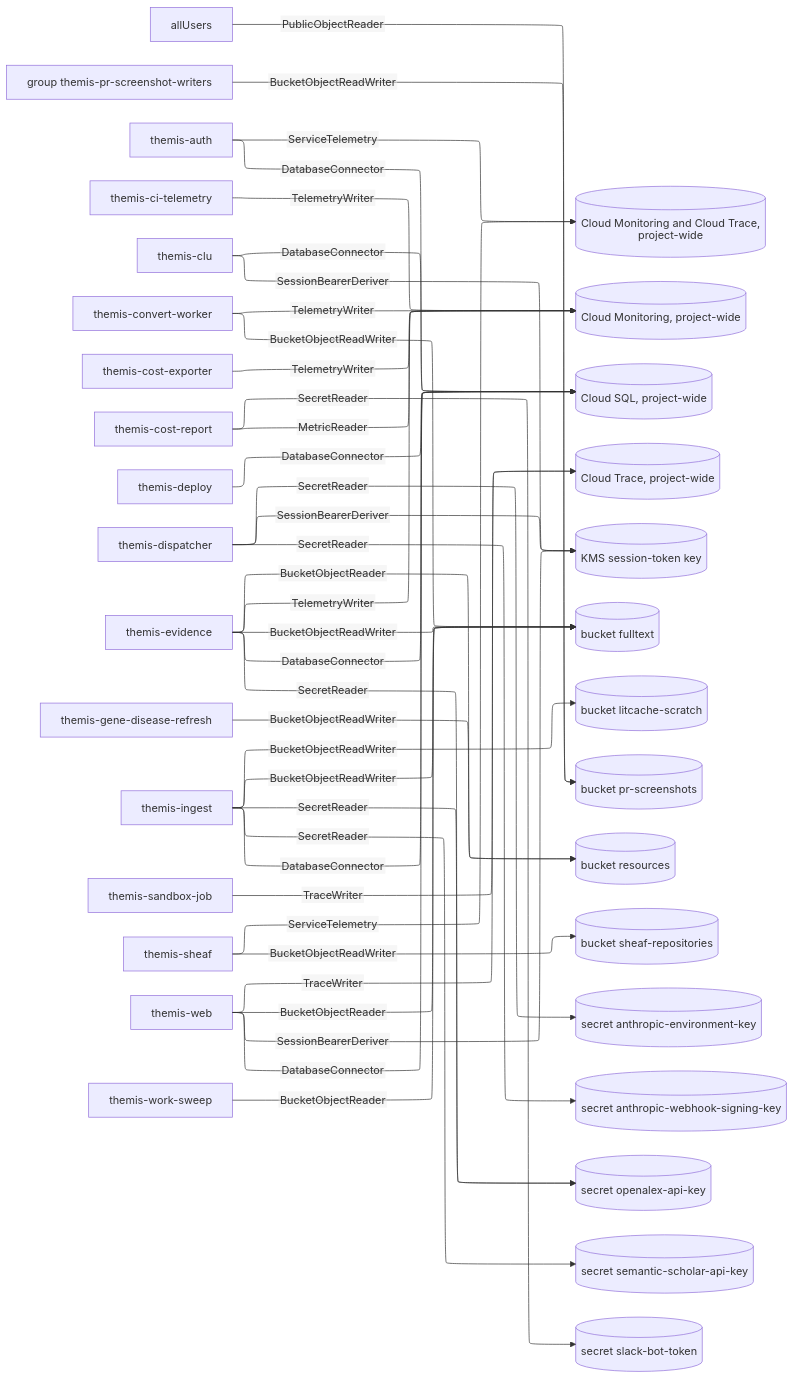
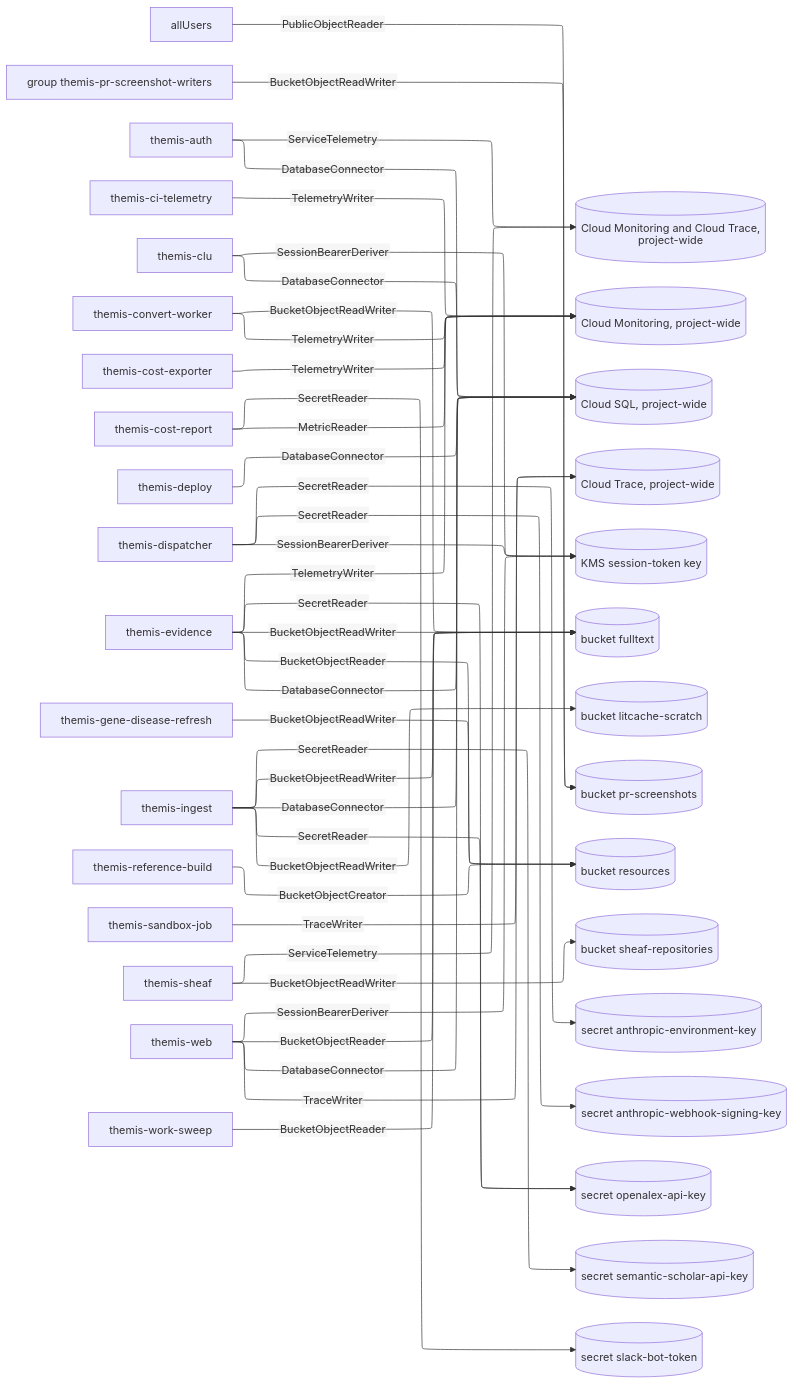
The diagram in docs/design/grants/data.mmd (populationgenomics/themis), drawn with Mermaid before and after one commit. The commit also changed 27 other files, not shown here.

First line of the commit message:
reference: mirror the build inputs and build stores and genomes as a Cloud Run Job (#1014)

```diff
--- a/docs/design/grants/data.mmd
+++ b/docs/design/grants/data.mmd
@@ -1,69 +1,71 @@
 %%{init: {"layout": "elk", "elk": {"mergeEdges": true, "nodePlacementStrategy": "NETWORK_SIMPLEX"}, "htmlLabels": false, "flowchart": {"htmlLabels": false, "wrappingWidth": 320}}}%%
 flowchart LR
     n0["allUsers"]
     n1["group themis-pr-screenshot-writers"]
     n2["themis-auth"]
     n3["themis-ci-telemetry"]
     n4["themis-clu"]
     n5["themis-convert-worker"]
     n6["themis-cost-exporter"]
     n7["themis-cost-report"]
     n8["themis-deploy"]
     n9["themis-dispatcher"]
     n10["themis-evidence"]
     n11["themis-gene-disease-refresh"]
     n12["themis-ingest"]
-    n13["themis-sandbox-job"]
-    n14["themis-sheaf"]
-    n15["themis-web"]
-    n16["themis-work-sweep"]
-    n17[("Cloud Monitoring and Cloud Trace, project-wide")]
-    n18[("Cloud Monitoring, project-wide")]
-    n19[("Cloud SQL, project-wide")]
-    n20[("Cloud Trace, project-wide")]
-    n21[("KMS session-token key")]
-    n22[("bucket fulltext")]
-    n23[("bucket litcache-scratch")]
-    n24[("bucket pr-screenshots")]
-    n25[("bucket resources")]
-    n26[("bucket sheaf-repositories")]
-    n27[("secret anthropic-environment-key")]
-    n28[("secret anthropic-webhook-signing-key")]
-    n29[("secret openalex-api-key")]
-    n30[("secret semantic-scholar-api-key")]
-    n31[("secret slack-bot-token")]
-    n0 -->|PublicObjectReader| n24
-    n1 -->|BucketObjectReadWriter| n24
-    n2 -->|DatabaseConnector| n19
-    n2 -->|ServiceTelemetry| n17
-    n3 -->|TelemetryWriter| n18
-    n4 -->|DatabaseConnector| n19
-    n4 -->|SessionBearerDeriver| n21
-    n5 -->|BucketObjectReadWriter| n22
-    n5 -->|TelemetryWriter| n18
-    n6 -->|TelemetryWriter| n18
-    n7 -->|MetricReader| n18
-    n7 -->|SecretReader| n31
-    n8 -->|DatabaseConnector| n19
-    n9 -->|SecretReader| n27
+    n13["themis-reference-build"]
+    n14["themis-sandbox-job"]
+    n15["themis-sheaf"]
+    n16["themis-web"]
+    n17["themis-work-sweep"]
+    n18[("Cloud Monitoring and Cloud Trace, project-wide")]
+    n19[("Cloud Monitoring, project-wide")]
+    n20[("Cloud SQL, project-wide")]
+    n21[("Cloud Trace, project-wide")]
+    n22[("KMS session-token key")]
+    n23[("bucket fulltext")]
+    n24[("bucket litcache-scratch")]
+    n25[("bucket pr-screenshots")]
+    n26[("bucket resources")]
+    n27[("bucket sheaf-repositories")]
+    n28[("secret anthropic-environment-key")]
+    n29[("secret anthropic-webhook-signing-key")]
+    n30[("secret openalex-api-key")]
+    n31[("secret semantic-scholar-api-key")]
+    n32[("secret slack-bot-token")]
+    n0 -->|PublicObjectReader| n25
+    n1 -->|BucketObjectReadWriter| n25
+    n2 -->|DatabaseConnector| n20
+    n2 -->|ServiceTelemetry| n18
+    n3 -->|TelemetryWriter| n19
+    n4 -->|DatabaseConnector| n20
+    n4 -->|SessionBearerDeriver| n22
+    n5 -->|BucketObjectReadWriter| n23
+    n5 -->|TelemetryWriter| n19
+    n6 -->|TelemetryWriter| n19
+    n7 -->|MetricReader| n19
+    n7 -->|SecretReader| n32
+    n8 -->|DatabaseConnector| n20
     n9 -->|SecretReader| n28
-    n9 -->|SessionBearerDeriver| n21
-    n10 -->|BucketObjectReadWriter| n22
-    n10 -->|BucketObjectReader| n25
-    n10 -->|DatabaseConnector| n19
-    n10 -->|SecretReader| n29
-    n10 -->|TelemetryWriter| n18
-    n11 -->|BucketObjectReadWriter| n25
-    n12 -->|BucketObjectReadWriter| n22
+    n9 -->|SecretReader| n29
+    n9 -->|SessionBearerDeriver| n22
+    n10 -->|BucketObjectReadWriter| n23
+    n10 -->|BucketObjectReader| n26
+    n10 -->|DatabaseConnector| n20
+    n10 -->|SecretReader| n30
+    n10 -->|TelemetryWriter| n19
+    n11 -->|BucketObjectReadWriter| n26
     n12 -->|BucketObjectReadWriter| n23
-    n12 -->|DatabaseConnector| n19
-    n12 -->|SecretReader| n29
+    n12 -->|BucketObjectReadWriter| n24
+    n12 -->|DatabaseConnector| n20
     n12 -->|SecretReader| n30
-    n13 -->|TraceWriter| n20
-    n14 -->|BucketObjectReadWriter| n26
-    n14 -->|ServiceTelemetry| n17
-    n15 -->|BucketObjectReader| n22
-    n15 -->|DatabaseConnector| n19
-    n15 -->|SessionBearerDeriver| n21
-    n15 -->|TraceWriter| n20
-    n16 -->|BucketObjectReader| n22
+    n12 -->|SecretReader| n31
+    n13 -->|BucketObjectCreator| n26
+    n14 -->|TraceWriter| n21
+    n15 -->|BucketObjectReadWriter| n27
+    n15 -->|ServiceTelemetry| n18
+    n16 -->|BucketObjectReader| n23
+    n16 -->|DatabaseConnector| n20
+    n16 -->|SessionBearerDeriver| n22
+    n16 -->|TraceWriter| n21
+    n17 -->|BucketObjectReader| n23
```
